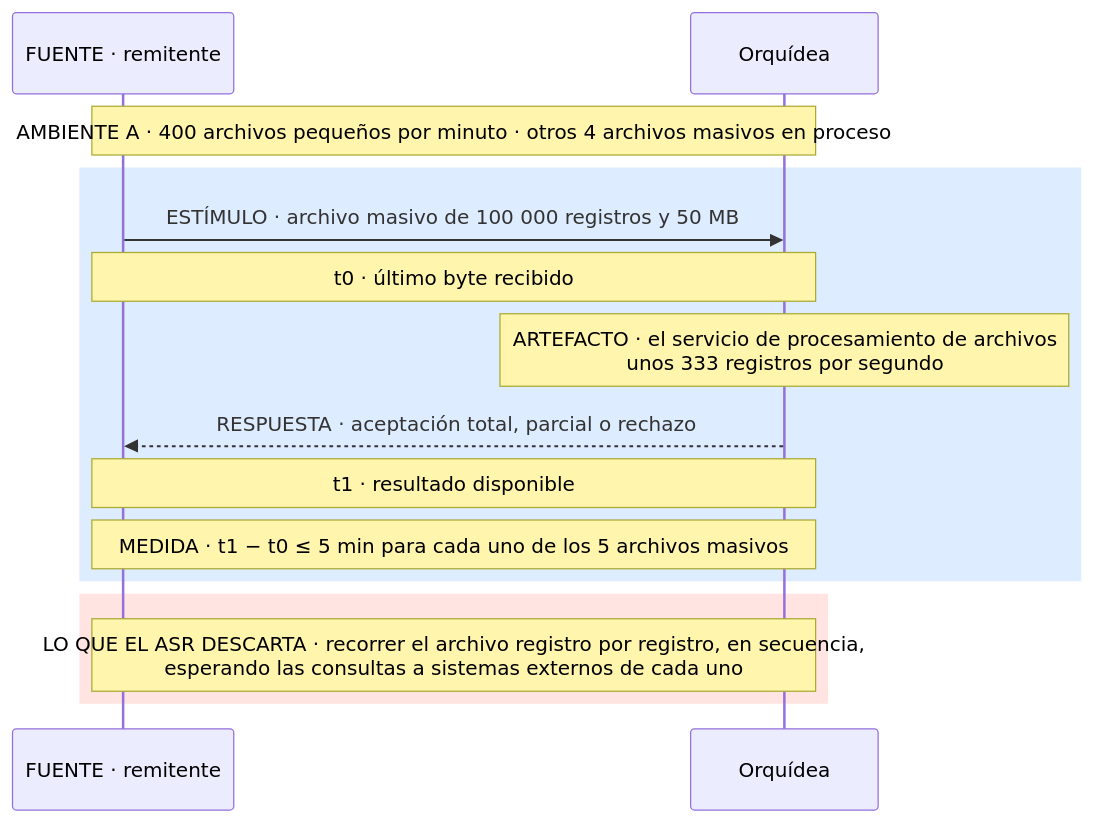
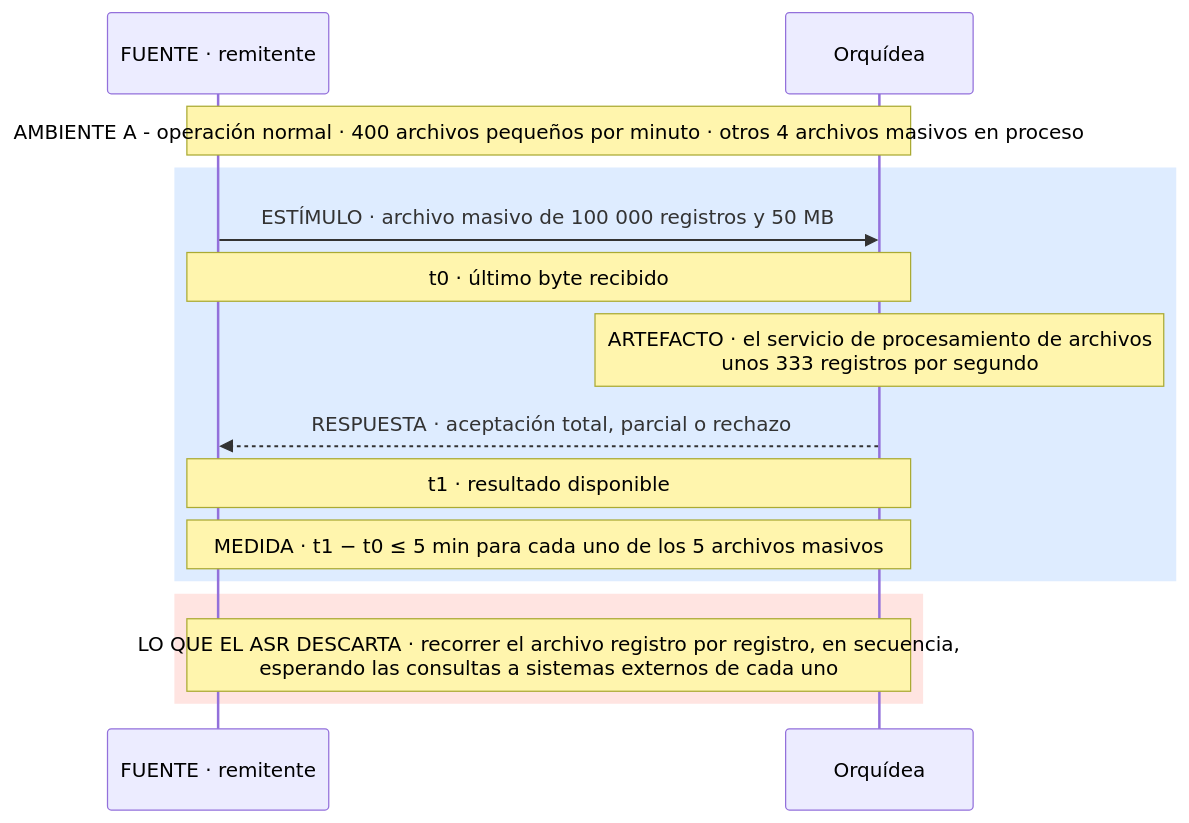
One commit to MATI-MBIT/arqsoft-reto-4 changed diagram 12 of 17 in docs/quality-attributes.md. Above: the diagram before and after it, drawn with Mermaid. The commit also changed other lines of this file and 6 other files, not shown here.

````diff
--- a/docs/quality-attributes.md
+++ b/docs/quality-attributes.md
@@ -571,17 +571,17 @@
 ```mermaid
 sequenceDiagram
     participant R as FUENTE · remitente
     participant O as Orquídea
-    Note over R,O: AMBIENTE A · 400 archivos pequeños por minuto · otros 4 archivos masivos en proceso
+    Note over R,O: AMBIENTE A - operación normal · 400 archivos pequeños por minuto · otros 4 archivos masivos en proceso
     rect rgb(222, 236, 255)
     R->>O: ESTÍMULO · archivo masivo de 100 000 registros y 50 MB
     Note over R,O: t0 · último byte recibido
     Note over O: ARTEFACTO · el servicio de procesamiento de archivos<br/>unos 333 registros por segundo
     O-->>R: RESPUESTA · aceptación total, parcial o rechazo
     Note over R,O: t1 · resultado disponible
     Note over R,O: MEDIDA · t1 − t0 ≤ 5 min para cada uno de los 5 archivos masivos
     end
     rect rgb(255, 228, 225)
     Note over R,O: LO QUE EL ASR DESCARTA · recorrer el archivo registro por registro, en secuencia,<br/>esperando las consultas a sistemas externos de cada uno
     end
 ```
````
